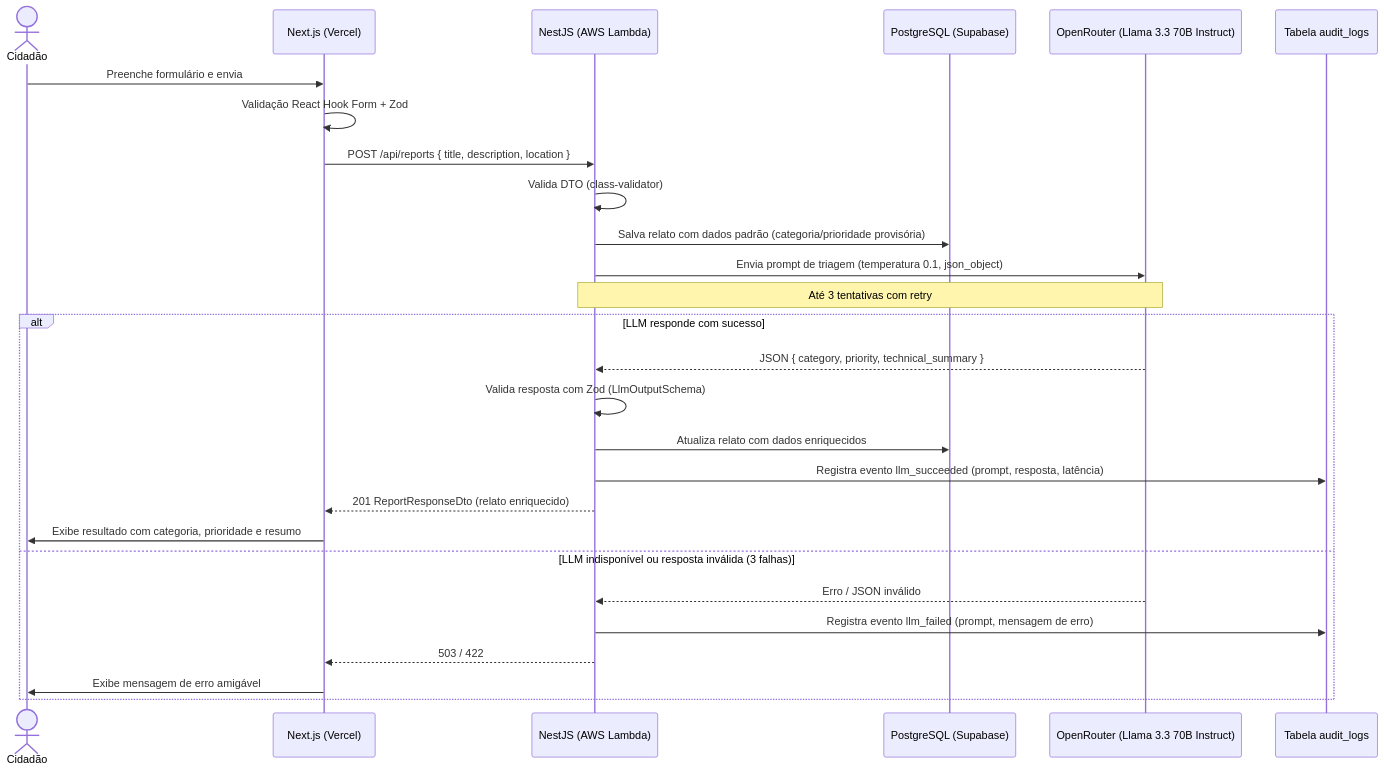
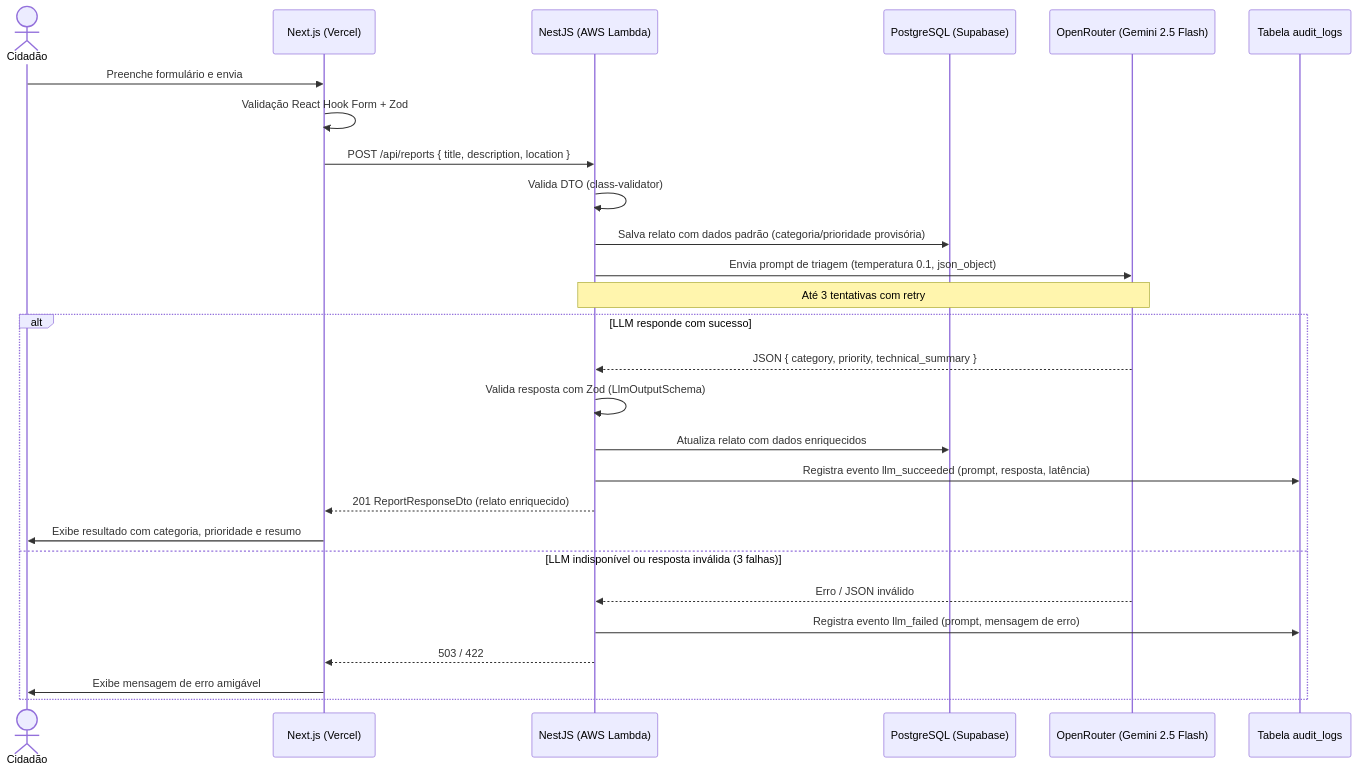
The first of 2 diagrams in README.md (lgustavosoftwareengineer/zeladoria-inteligente), drawn with Mermaid before and after one commit. The commit also changed other lines of this file and 6 other files, not shown here.

First line of the commit message:
refactor: update LLM model references to Google Gemini

````diff
--- a/README.md
+++ b/README.md
@@ -38,33 +38,33 @@
 ```mermaid
 sequenceDiagram
     actor Cidadão
     participant Web as Next.js (Vercel)
     participant API as NestJS (AWS Lambda)
     participant DB as PostgreSQL (Supabase)
-    participant LLM as OpenRouter (Llama 3.3 70B Instruct)
+    participant LLM as OpenRouter (Gemini 2.5 Flash)
     participant Audit as Tabela audit_logs
 
     Cidadão->>Web: Preenche formulário e envia
     Web->>Web: Validação React Hook Form + Zod
     Web->>API: POST /api/reports { title, description, location }
 
     API->>API: Valida DTO (class-validator)
     API->>DB: Salva relato com dados padrão (categoria/prioridade provisória)
 
     API->>LLM: Envia prompt de triagem (temperatura 0.1, json_object)
     Note over API,LLM: Até 3 tentativas com retry
 
     alt LLM responde com sucesso
         LLM-->>API: JSON { category, priority, technical_summary }
         API->>API: Valida resposta com Zod (LlmOutputSchema)
         API->>DB: Atualiza relato com dados enriquecidos
         API->>Audit: Registra evento llm_succeeded (prompt, resposta, latência)
         API-->>Web: 201 ReportResponseDto (relato enriquecido)
         Web->>Cidadão: Exibe resultado com categoria, prioridade e resumo
     else LLM indisponível ou resposta inválida (3 falhas)
         LLM-->>API: Erro / JSON inválido
         API->>Audit: Registra evento llm_failed (prompt, mensagem de erro)
         API-->>Web: 503 / 422
         Web->>Cidadão: Exibe mensagem de erro amigável
     end
 ```
````
